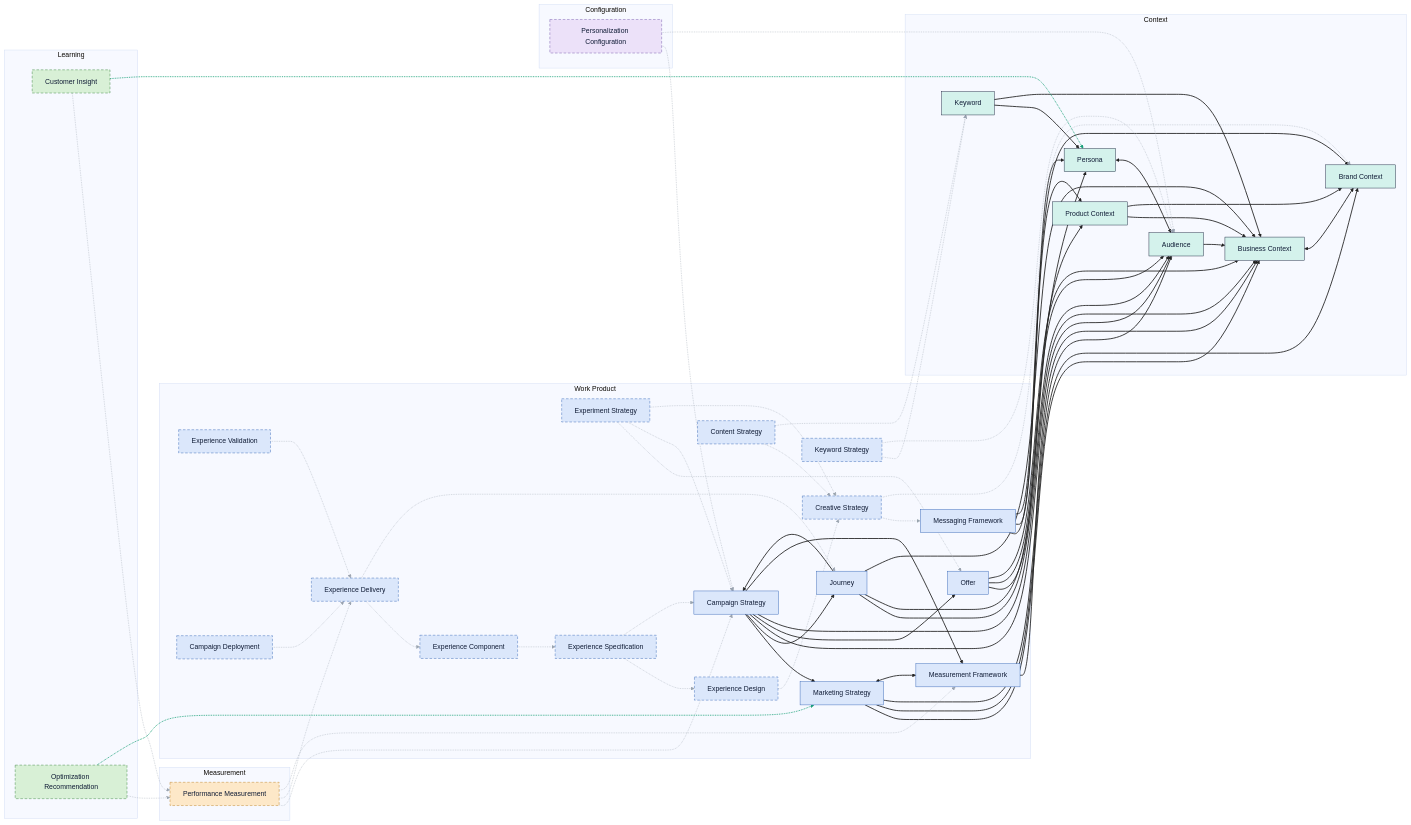
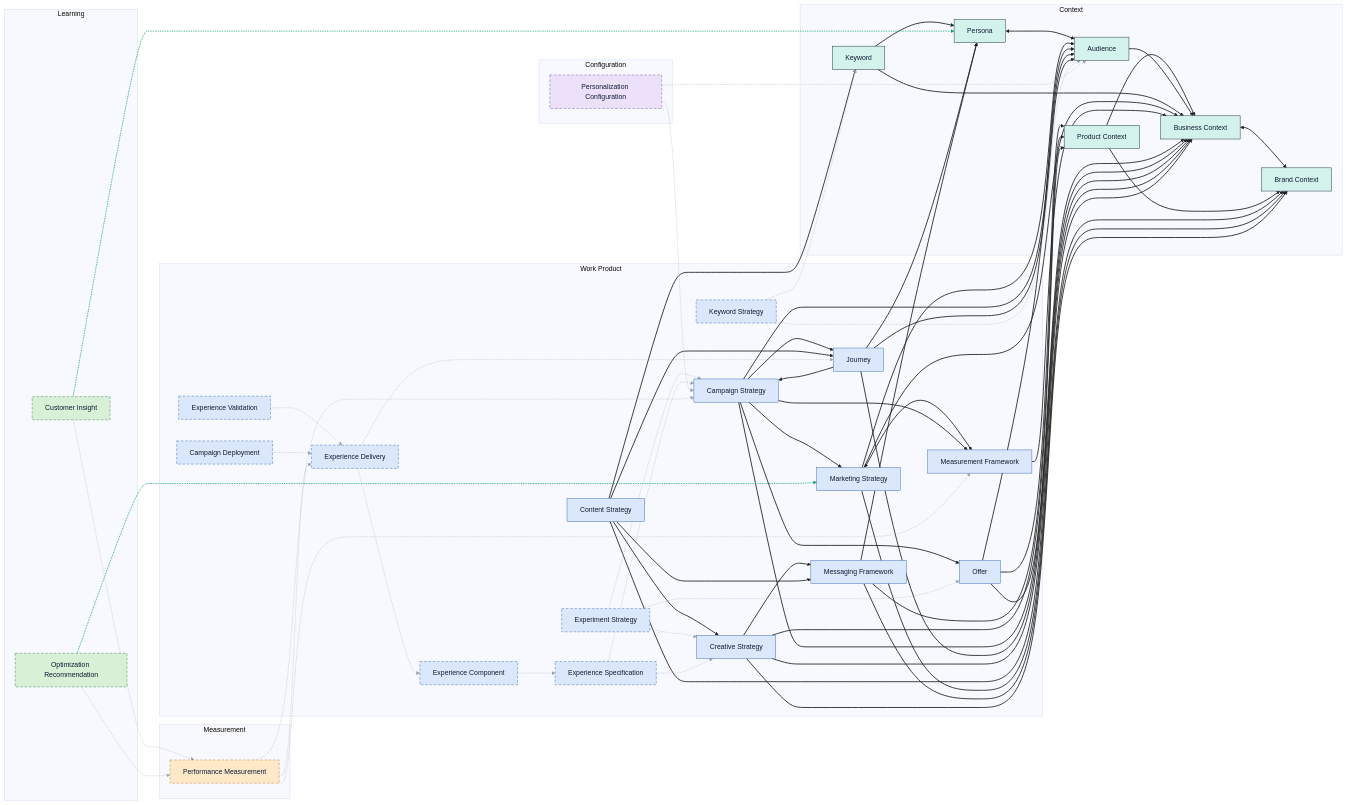
Before and after one commit to open-semantic-marketing-model/osmm: the diagram in GRAPH.md, drawn with Mermaid (base theme). The commit also changed other lines of this file and 17 other files, not shown here.

First line of the commit message:
Milestone D: build Creative Strategy + Content Strategy; fold Experience Design into Creative Strategy

````diff
--- a/GRAPH.md
+++ b/GRAPH.md
@@ -48,7 +48,6 @@
     messaging_framework["Messaging Framework"]
     creative_strategy["Creative Strategy"]
     content_strategy["Content Strategy"]
-    experience_design["Experience Design"]
     experience_specification["Experience Specification"]
     experience_component["Experience Component"]
     experience_delivery["Experience Delivery"]
@@ -93,17 +92,21 @@
   messaging_framework --> persona
   messaging_framework --> product_context
   messaging_framework --> brand_context
+  creative_strategy --> messaging_framework
+  creative_strategy --> brand_context
+  creative_strategy --> product_context
+  creative_strategy --> business_context
+  content_strategy --> messaging_framework
+  content_strategy --> creative_strategy
+  content_strategy --> keyword
+  content_strategy --> journey
+  content_strategy --> business_context
   keyword_strategy -.-> keyword
   keyword_strategy -.-> audience
   experiment_strategy -.-> offer
   experiment_strategy -.-> campaign_strategy
   experiment_strategy -.-> creative_strategy
-  creative_strategy -.-> messaging_framework
-  creative_strategy -.-> brand_context
-  content_strategy -.-> creative_strategy
-  content_strategy -.-> keyword
-  experience_design -.-> creative_strategy
-  experience_specification -.-> experience_design
+  experience_specification -.-> creative_strategy
   experience_specification -.-> campaign_strategy
   experience_component -.-> experience_specification
   personalization_configuration -.-> campaign_strategy
@@ -126,12 +129,12 @@
   classDef learning fill:#d8f0d6,stroke:#2e7d32,color:#0f1b35;
   classDef backlog stroke-dasharray:6 4;
   class business_context,brand_context,product_context,persona,audience,keyword context;
-  class marketing_strategy,measurement_framework,keyword_strategy,offer,experiment_strategy,campaign_strategy,journey,messaging_framework,creative_strategy,content_strategy,experience_design,experience_specification,experience_component,experience_delivery,experience_validation,campaign_deployment workproduct;
+  class marketing_strategy,measurement_framework,keyword_strategy,offer,experiment_strategy,campaign_strategy,journey,messaging_framework,creative_strategy,content_strategy,experience_specification,experience_component,experience_delivery,experience_validation,campaign_deployment workproduct;
   class personalization_configuration configuration;
   class performance_measurement measurement;
   class customer_insight,optimization_recommendation learning;
-  class keyword_strategy,experiment_strategy,creative_strategy,content_strategy,experience_design,experience_specification,experience_component,experience_delivery,experience_validation,campaign_deployment,personalization_configuration,performance_measurement,customer_insight,optimization_recommendation backlog;
-  linkStyle 0,1,2,3,4,5,6,7,8,9,10,11,12,13,14,15,16,17,18,19,20,21,22,23,24,25,26,27 stroke:#222222,stroke-width:2px;
-  linkStyle 28,29,30,31,32,33,34,35,36,37,38,39,40,41,42,43,44,45,46,47,48,49,50,51 stroke:#9aa3af,stroke-width:1px;
-  linkStyle 52,53 stroke:#1aa179,stroke-width:2px;
+  class keyword_strategy,experiment_strategy,experience_specification,experience_component,experience_delivery,experience_validation,campaign_deployment,personalization_configuration,performance_measurement,customer_insight,optimization_recommendation backlog;
+  linkStyle 0,1,2,3,4,5,6,7,8,9,10,11,12,13,14,15,16,17,18,19,20,21,22,23,24,25,26,27,28,29,30,31,32,33,34,35,36 stroke:#222222,stroke-width:2px;
+  linkStyle 37,38,39,40,41,42,43,44,45,46,47,48,49,50,51,52,53,54,55 stroke:#9aa3af,stroke-width:1px;
+  linkStyle 56,57 stroke:#1aa179,stroke-width:2px;
 ```
````
